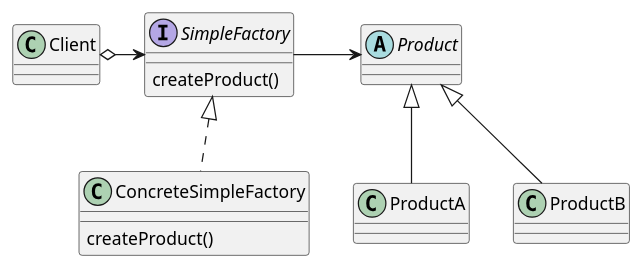
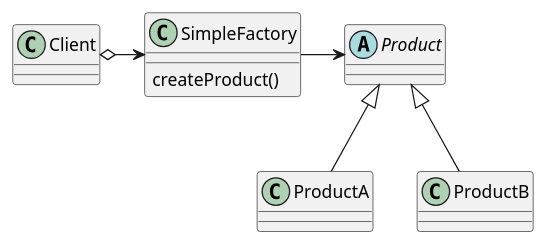
One commit to Noman5237/DesignPatterns changed the diagram in cheatsheets/patterns/simple-factory.md. Above: the diagram before and after it, drawn with PlantUML. The commit also changed other lines of this file and 50 other files, not shown here.

````diff
--- a/cheatsheets/patterns/simple-factory.md
+++ b/cheatsheets/patterns/simple-factory.md
@@ -11,24 +11,20 @@
 ```puml
 @startuml
 
 abstract class Product {}
 
 class ProductA extends Product {}
 
 class ProductB extends Product {}
 
-interface SimpleFactory {
-    createProduct()
-}
-
-class ConcreteSimpleFactory implements SimpleFactory {
+class SimpleFactory {
     createProduct()
 }
 
 class Client {}
 
 Client o-> SimpleFactory
 SimpleFactory -> Product
 
 @enduml
 ```
````
